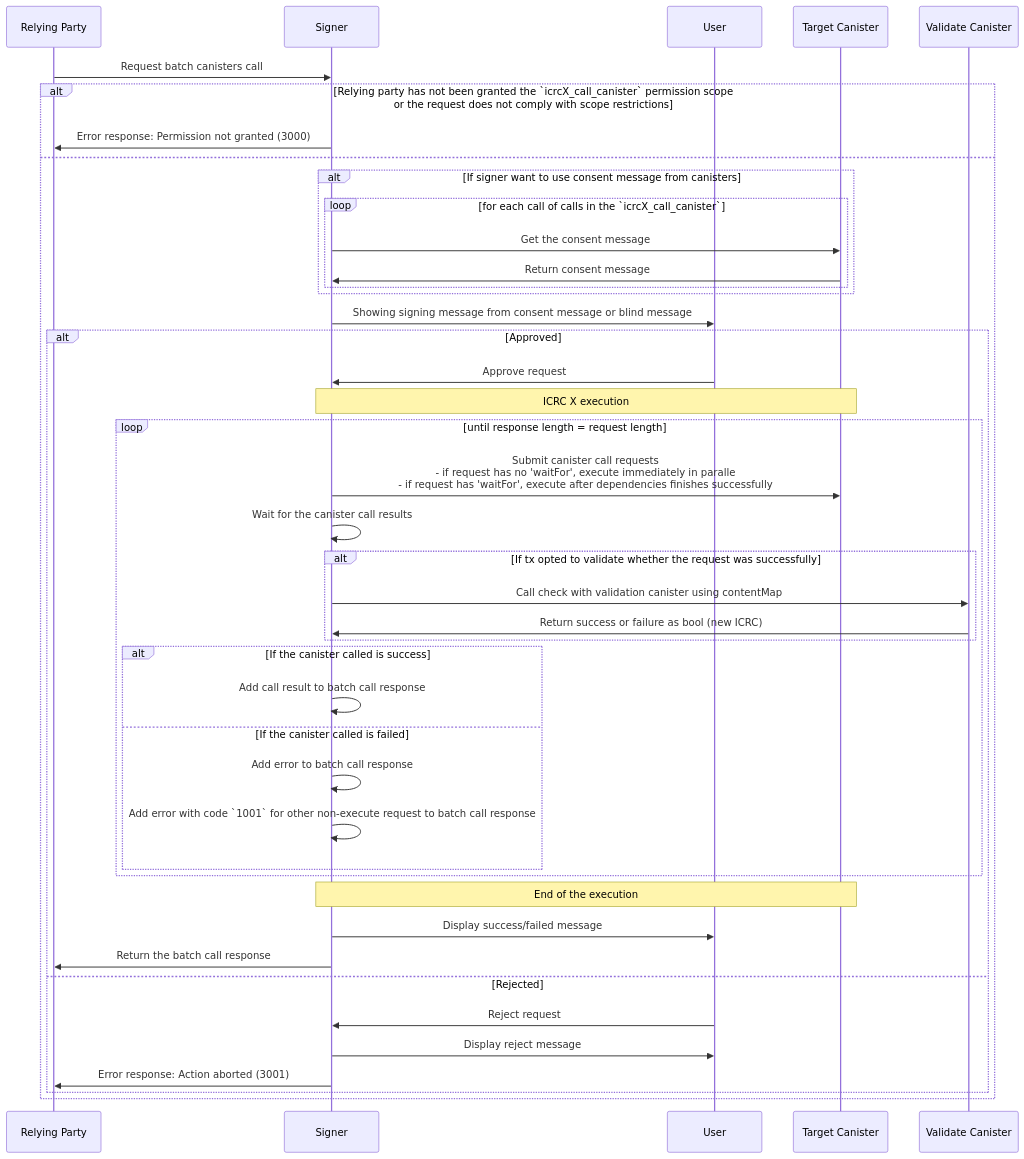
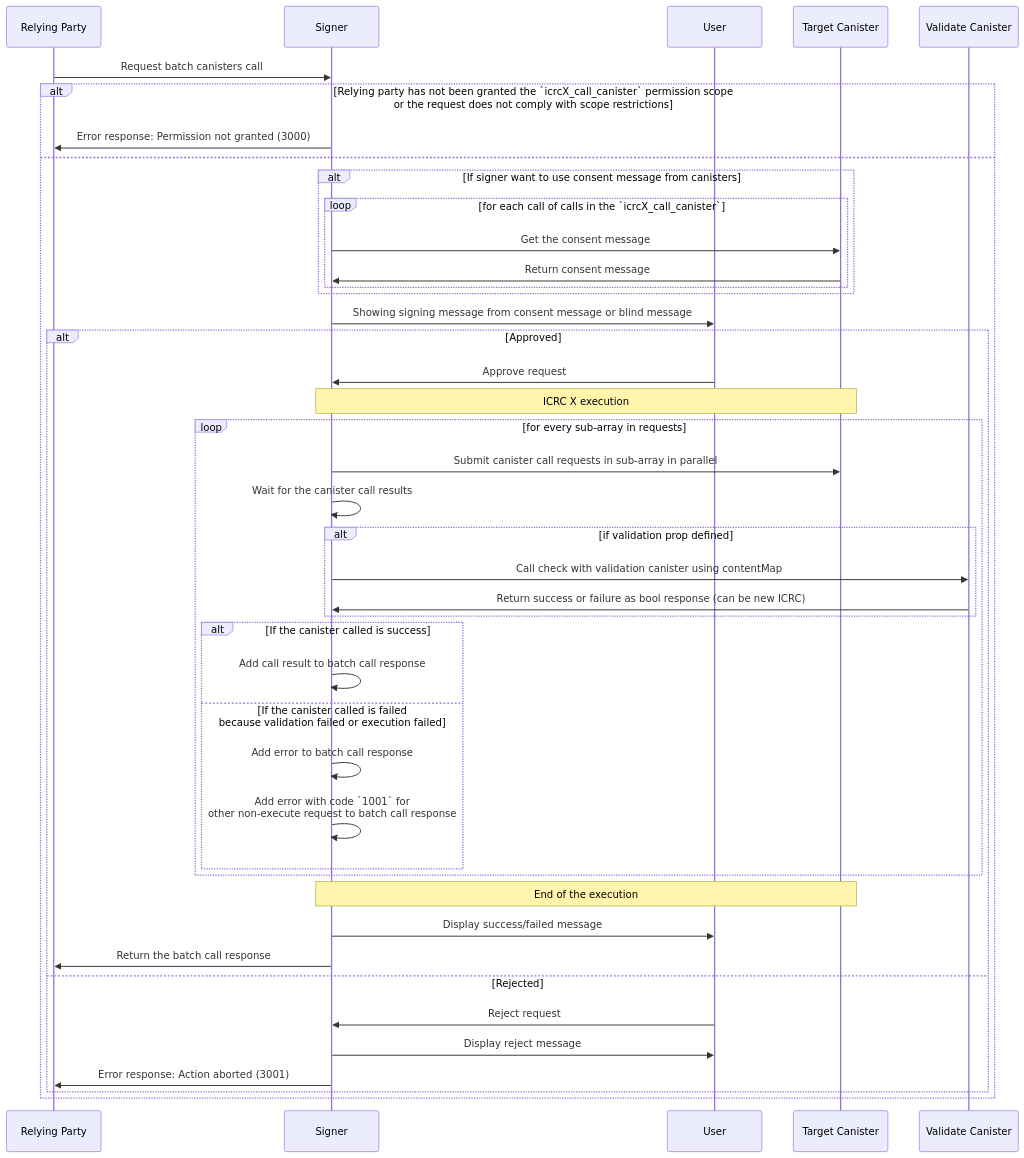
The diagram in topics/icrc_X_multiple_canister_call.md (dfinity/wg-identity-authentication), drawn with Mermaid before and after one commit. The commit also changed other lines of this file, not shown here.

````diff
--- a/topics/icrc_X_multiple_canister_call.md
+++ b/topics/icrc_X_multiple_canister_call.md
@@ -89,57 +108,56 @@
 ```mermaid
 sequenceDiagram
     participant RP as Relying Party
     participant S as Signer
     participant U as User
     participant C as Target Canister
     participant VC as Validate Canister
 
     RP ->> S: Request batch canisters call
     alt Relying party has not been granted the `icrcX_call_canister` permission scope<br>or the request does not comply with scope restrictions
         S ->> RP: Error response: Permission not granted (3000)
     else
 
         alt If signer want to use consent message from canisters
             loop for each call of calls in the `icrcX_call_canister`
                 S ->> C: Get the consent message
                 C ->> S: Return consent message
             end
         end
 
         S ->> U: Showing signing message from consent message or blind message
 
 
         alt Approved
             U ->> S: Approve request
             Note over S,C: ICRC X execution
 
-            loop until response length = request length
-                S ->> C: Submit canister call requests <br /> - if request has no 'waitFor', execute immediately in paralle <br /> - if request has 'waitFor', execute after dependencies finishes successfully
+            loop for every sub-array in requests
+                S ->> C: Submit canister call requests in sub-array in parallel
                 S ->> S: Wait for the canister call results
 
-
-                alt If tx opted to validate whether the request was successfully
+                alt if validation prop defined
                     S ->> VC: Call check with validation canister using contentMap
-                    VC ->> S: Return success or failure as bool (new ICRC)
+                    VC ->> S: Return success or failure as bool response (can be new ICRC)
                 end
 
                 alt If the canister called is success
                     S ->> S: Add call result to batch call response
-                else If the canister called is failed
+                else If the canister called is failed <br/> because validation failed or execution failed
                     S ->> S: Add error to batch call response
-                    S ->> S: Add error with code `1001` for other non-execute request to batch call response
+                    S ->> S: Add error with code `1001` for <br/> other non-execute request to batch call response
                 end
             end
 
             Note over S,C: End of the execution
 
         S ->> U: Display success/failed message
         S ->> RP: Return the batch call response
 
         else Rejected
             U ->> S: Reject request
             S ->> U: Display reject message
             S ->> RP: Error response: Action aborted (3001)
         end
     end
 ```
````
